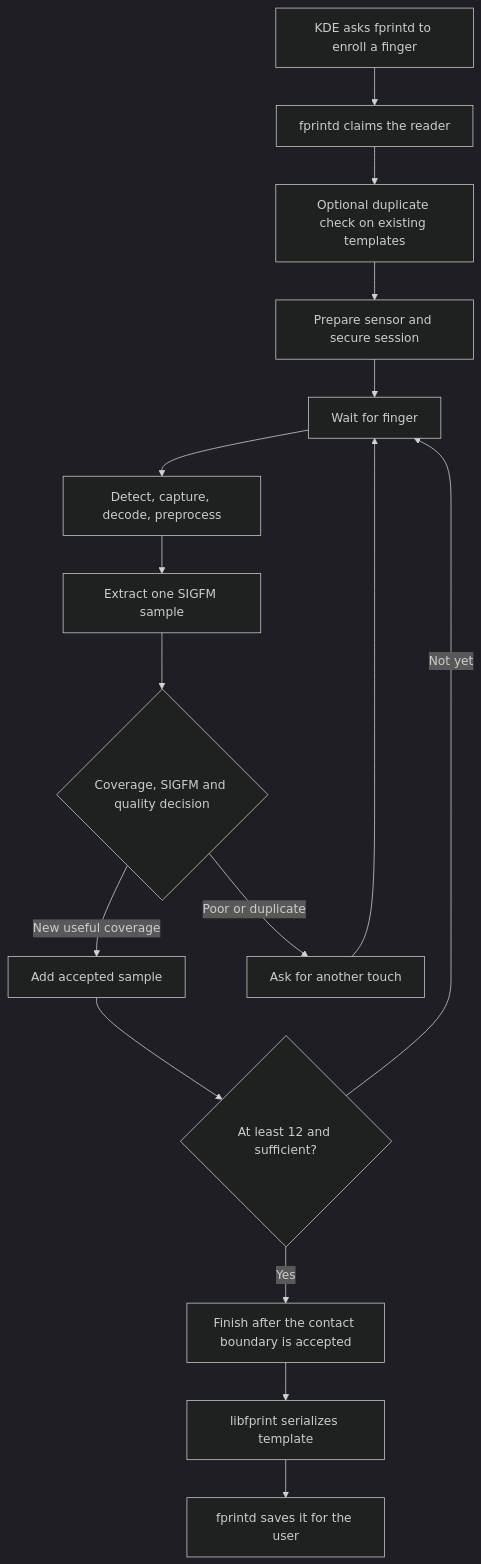
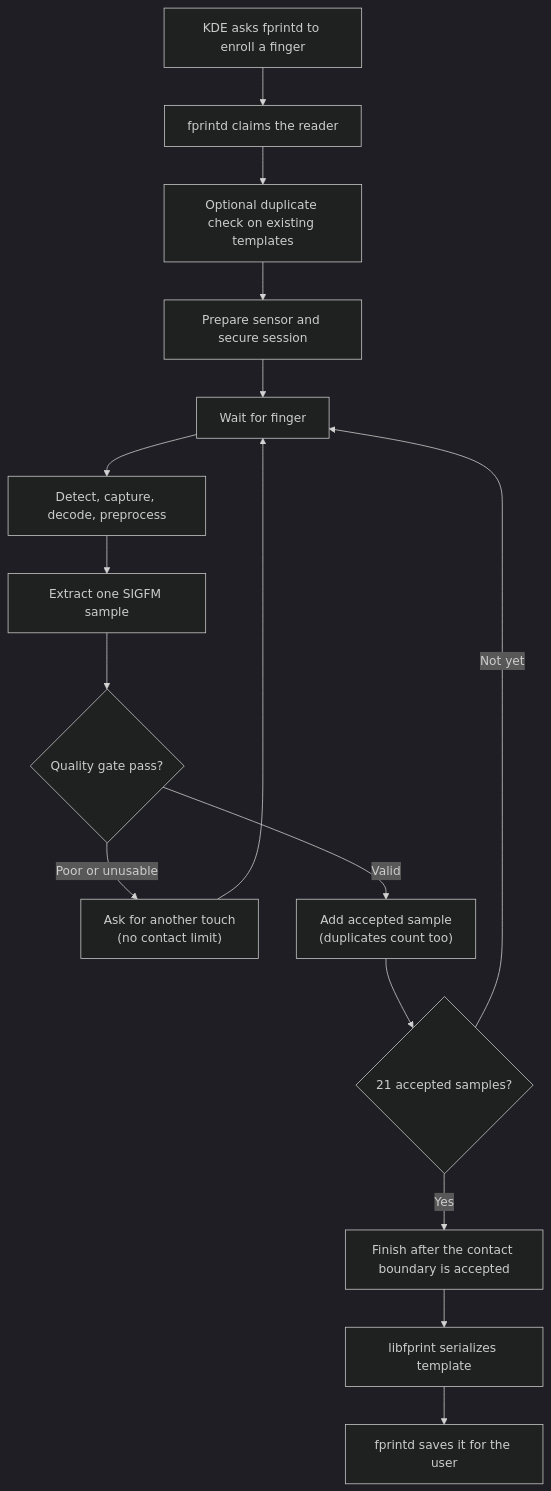
Before and after one commit to sorguido/goodix-27c6-5125: the diagram in docs/learning/06_enrollment.md, drawn with Mermaid (dark theme). The commit also changed other lines of this file and 11 other files, not shown here.

````diff
--- a/docs/learning/06_enrollment.md
+++ b/docs/learning/06_enrollment.md
@@ -28,18 +28,18 @@
 ```mermaid
 flowchart TD
     A["KDE asks fprintd to enroll a finger"] --> B["fprintd claims the reader"]
     B --> C["Optional duplicate check on existing templates"]
     C --> D["Prepare sensor and secure session"]
     D --> E["Wait for finger"]
     E --> F["Detect, capture, decode, preprocess"]
     F --> G["Extract one SIGFM sample"]
-    G --> H{"Coverage, SIGFM and quality decision"}
-    H -->|New useful coverage| I["Add accepted sample"]
-    H -->|Poor or duplicate| J["Ask for another touch"]
-    I --> K{"At least 12 and sufficient?"}
+    G --> H{"Quality gate pass?"}
+    H -->|Poor or unusable| J["Ask for another touch<br/>(no contact limit)"]
+    H -->|Valid| I["Add accepted sample<br/>(duplicates count too)"]
+    I --> K{"21 accepted samples?"}
     J --> E
     K -->|Not yet| E
     K -->|Yes| L["Finish after the contact boundary is accepted"]
     L --> M["libfprint serializes template"]
     M --> N["fprintd saves it for the user"]
 ```
````
